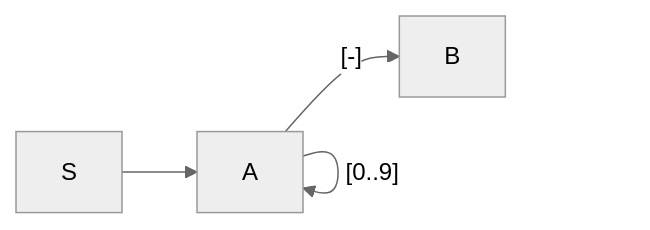
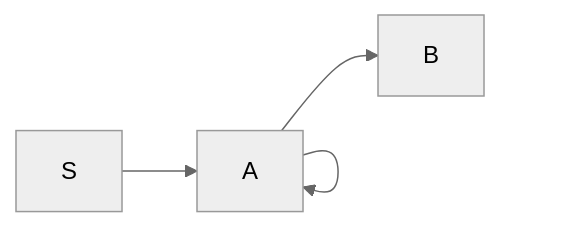
Before and after one commit to jepoen/screencasts: the diagram in rust/adventofcode-2020/day02/README.md, drawn with Mermaid (neutral theme).

```diff
--- a/rust/adventofcode-2020/day02/README.md
+++ b/rust/adventofcode-2020/day02/README.md
@@ -45,7 +45,7 @@
 ~~~mermaid
 flowchart LR
 
 S-->A
-A-->|"[0..9]"|A
-A-->|"[-]"|B
+A-->A
+A-->B
 ~~~
```
